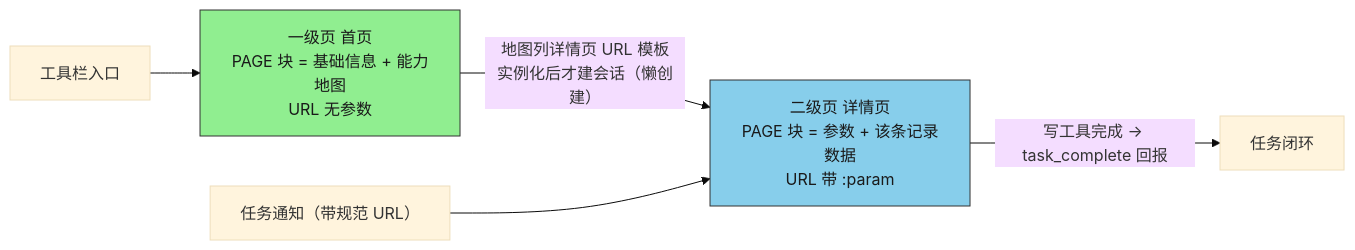
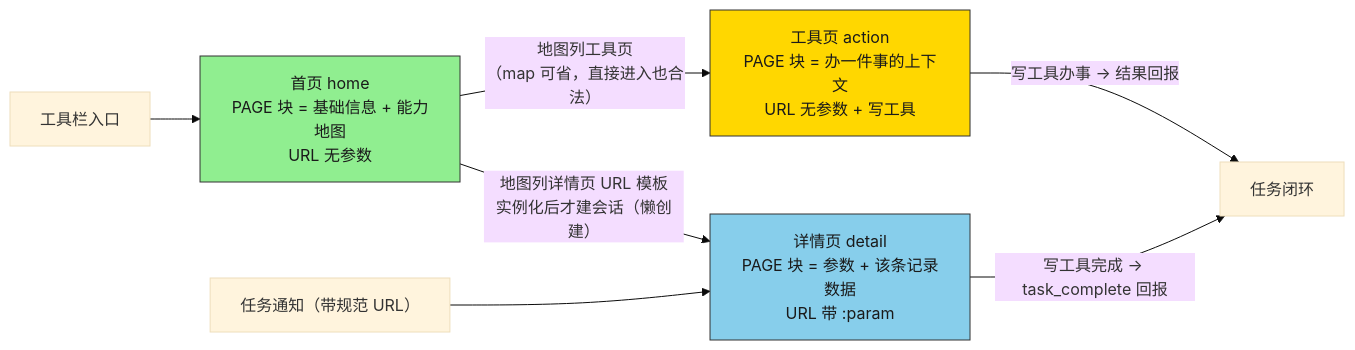
The second of 6 diagrams in docs/application-concept.cn.md (waixiaowai/veren), drawn with Mermaid (base theme) before and after one commit. The commit also changed other lines of this file and 13 other files, not shown here.

````diff
--- a/docs/application-concept.cn.md
+++ b/docs/application-concept.cn.md
@@ -695,11 +700,15 @@
 ```mermaid
 flowchart LR
-  Entry["工具栏入口"] --> Home["一级页 首页<br/>PAGE 块 = 基础信息 + 能力地图<br/>URL 无参数"]
-  Home -->|"地图列详情页 URL 模板<br/>实例化后才建会话（懒创建）"| Detail["二级页 详情页<br/>PAGE 块 = 参数 + 该条记录数据<br/>URL 带 :param"]
+  Entry["工具栏入口"] --> Home["首页 home<br/>PAGE 块 = 基础信息 + 能力地图<br/>URL 无参数"]
+  Home -->|"地图列详情页 URL 模板<br/>实例化后才建会话（懒创建）"| Detail["详情页 detail<br/>PAGE 块 = 参数 + 该条记录数据<br/>URL 带 :param"]
+  Home -->|"地图列工具页<br/>（map 可省，直接进入也合法）"| Action["工具页 action<br/>PAGE 块 = 办一件事的上下文<br/>URL 无参数 + 写工具"]
   Task["任务通知（带规范 URL）"] --> Detail
   Detail -->|"写工具完成 → task_complete 回报"| Done["任务闭环"]
+  Action -->|"写工具办事 → 结果回报"| Done
   classDef home fill:#90EE90,stroke:#333,color:#1a1a1a
   classDef detail fill:#87CEEB,stroke:#333,color:#1a1a1a
+  classDef action fill:#FFD700,stroke:#333,color:#1a1a1a
   class Home home
   class Detail detail
+  class Action action
 ```
````
